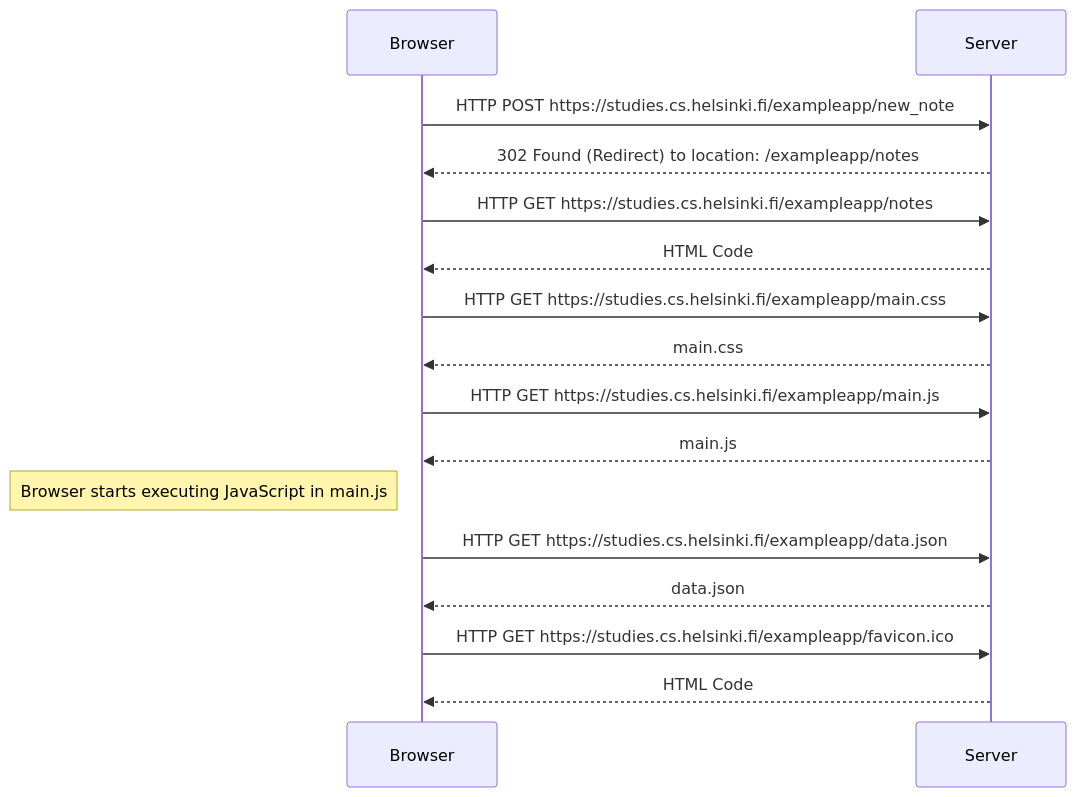
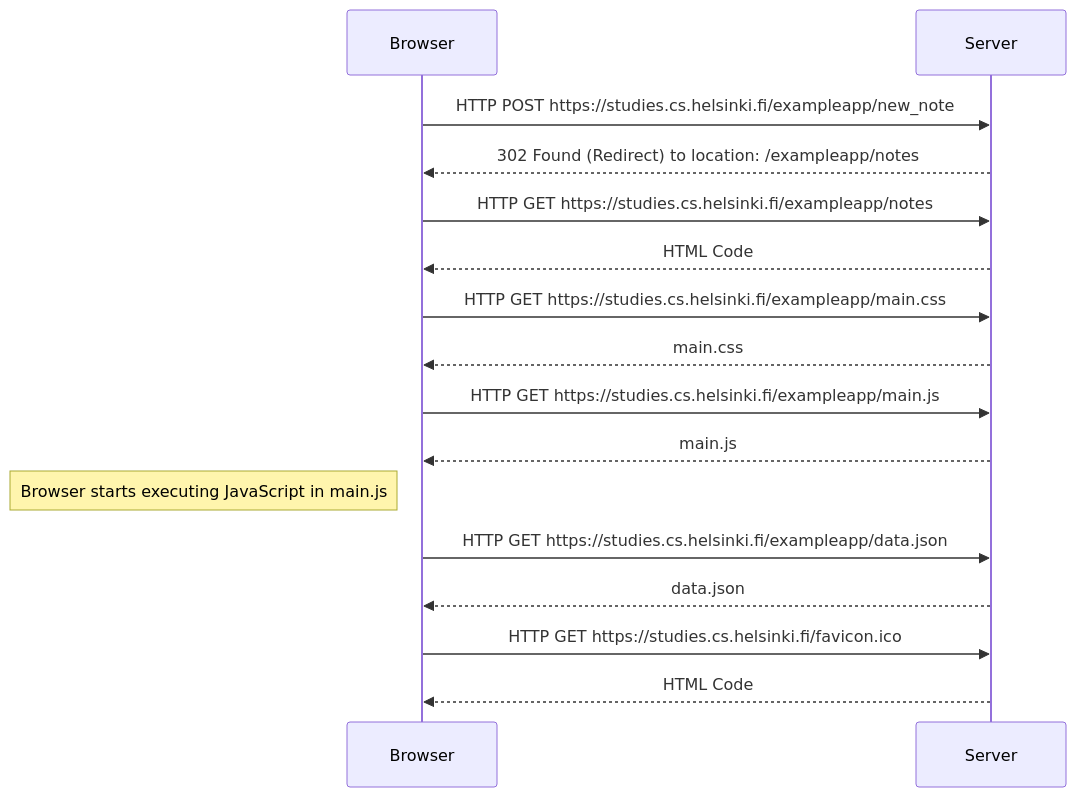
The diagram in part0/newnote/mermaid.md (detonationbox0/full-stack-open-2022), drawn with Mermaid before and after one commit. The commit also changed 2 other files, not shown here.

Commit message:
0.5: Singel page app

````diff
--- a/part0/newnote/mermaid.md
+++ b/part0/newnote/mermaid.md
@@ -1,18 +1,18 @@
 ```mermaid
 sequenceDiagram
     participant Browser
     participant Server
     Browser->>Server: HTTP POST https://studies.cs.helsinki.fi/exampleapp/new_note
     Server-->>Browser: 302 Found (Redirect) to location: /exampleapp/notes
     Browser->>Server: HTTP GET https://studies.cs.helsinki.fi/exampleapp/notes
     Server-->>Browser: HTML Code
     Browser->>Server: HTTP GET https://studies.cs.helsinki.fi/exampleapp/main.css
     Server-->>Browser: main.css
     Browser->>Server: HTTP GET https://studies.cs.helsinki.fi/exampleapp/main.js
     Server-->>Browser: main.js
     Note left of Browser: Browser starts executing JavaScript in main.js
     Browser->>Server: HTTP GET https://studies.cs.helsinki.fi/exampleapp/data.json
     Server-->>Browser: data.json
-    Browser->>Server: HTTP GET https://studies.cs.helsinki.fi/exampleapp/favicon.ico
+    Browser->>Server: HTTP GET https://studies.cs.helsinki.fi/favicon.ico
     Server-->>Browser: HTML Code
 ```
````
